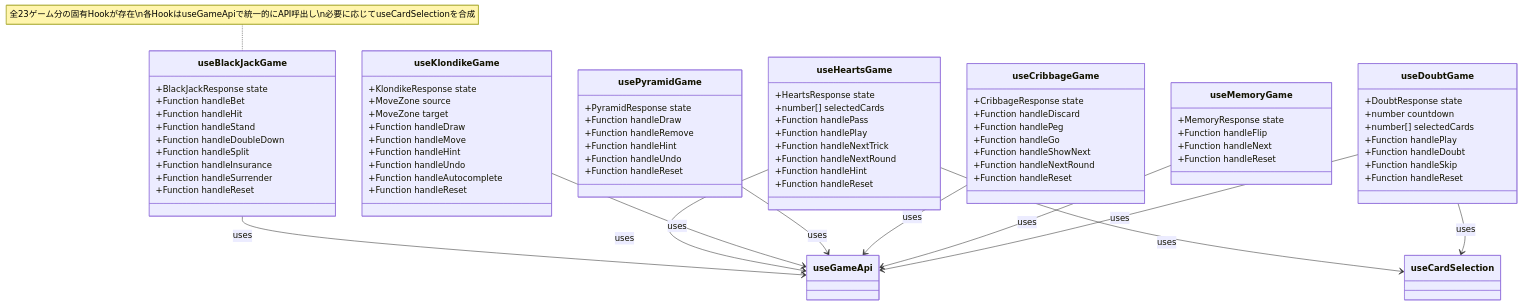
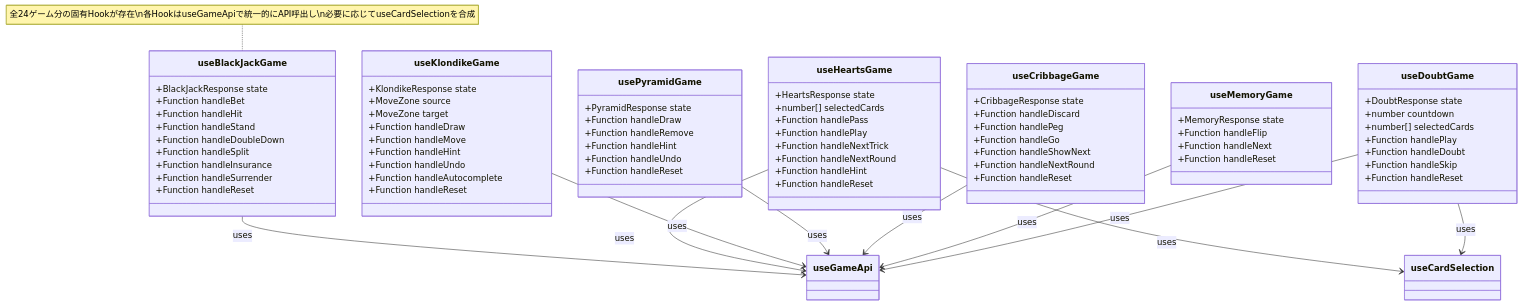
Before and after one commit to yuta-yoshinaga/go_trumpcards: the fifth of 18 diagrams in docs/design/frontend.md, drawn with Mermaid. The commit also changed other lines of this file and 62 other files, not shown here.

First line of the commit message:
feat: add Short Deck Hold'em (6+ Hold'em) card game

````diff
--- a/docs/design/frontend.md
+++ b/docs/design/frontend.md
@@ -543,5 +543,5 @@
     useDoubtGame --> useGameApi : uses
     useDoubtGame --> useCardSelection : uses
 
-    note for useBlackJackGame "全23ゲーム分の固有Hookが存在\n各HookはuseGameApiで統一的にAPI呼出し\n必要に応じてuseCardSelectionを合成"
+    note for useBlackJackGame "全24ゲーム分の固有Hookが存在\n各HookはuseGameApiで統一的にAPI呼出し\n必要に応じてuseCardSelectionを合成"
 ```
````
